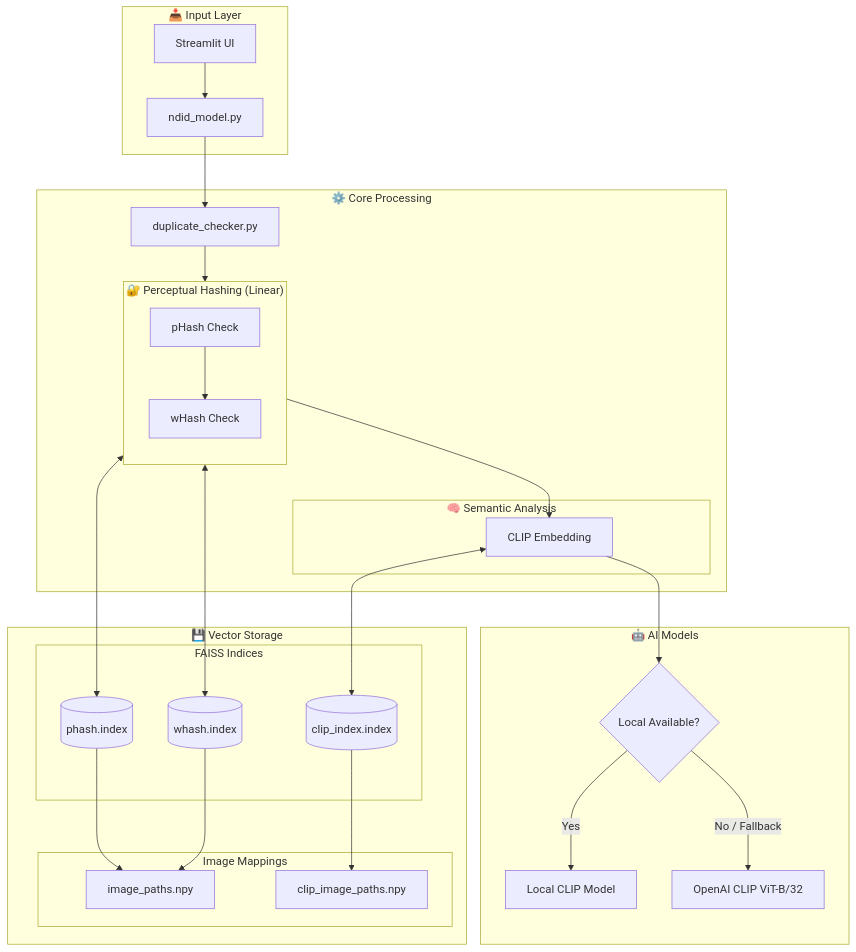
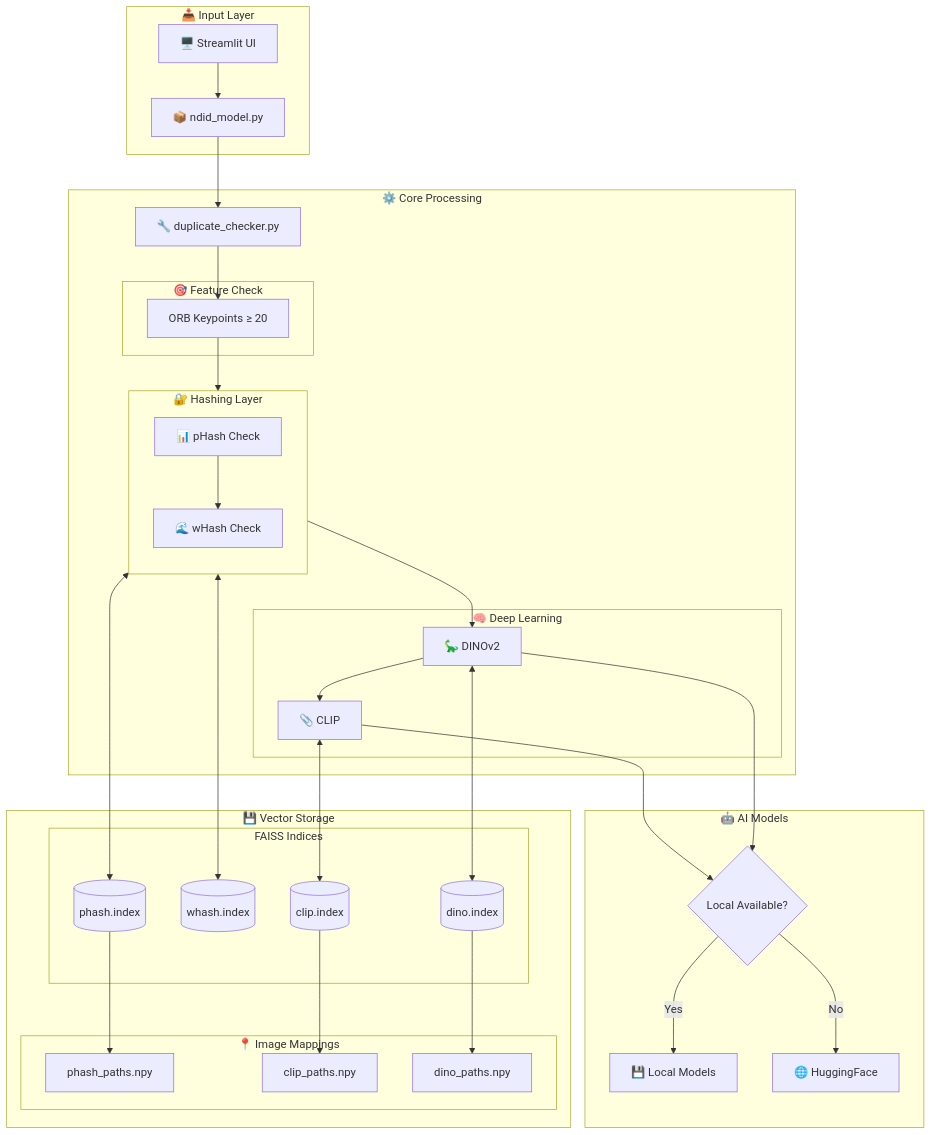
One commit to gaurav337/DejaView changed the first of 3 diagrams in README.md. Above: the diagram before and after it, drawn with Mermaid. The commit also changed other lines of this file, not shown here.

````diff
--- a/README.md
+++ b/README.md
@@ -137,64 +111,75 @@
 ```mermaid
 flowchart TB
     subgraph Input["📥 Input Layer"]
-        UI[Streamlit UI]
-        API[ndid_model.py]
+        UI[🖥️ Streamlit UI]
+        API[📦 ndid_model.py]
     end
 
     subgraph Core["⚙️ Core Processing"]
-        DC[duplicate_checker.py]
+        DC[🔧 duplicate_checker.py]
         
-        subgraph Hashing["🔐 Perceptual Hashing (Linear)"]
-            direction TB
-            PH[pHash Check]
-            WH[wHash Check]
+        subgraph FeatureCheck["🎯 Feature Check"]
+            ORB[ORB Keypoints ≥ 20]
         end
         
-        subgraph Semantic["🧠 Semantic Analysis"]
-            CLIP[CLIP Embedding]
+        subgraph Hashing["🔐 Hashing Layer"]
+            direction TB
+            PH[📊 pHash Check]
+            WH[🌊 wHash Check]
+        end
+        
+        subgraph Deep["🧠 Deep Learning"]
+            DINO[🦕 DINOv2]
+            CLIP[📎 CLIP]
         end
     end
 
     subgraph Storage["💾 Vector Storage"]
         subgraph FAISS["FAISS Indices"]
             PI[(phash.index)]
             WI[(whash.index)]
-            CI[(clip_index.index)]
+            CI[(clip.index)]
+            DI[(dino.index)]
         end
         
-        subgraph Paths["Image Mappings"]
-            HP[image_paths.npy]
-            CP[clip_image_paths.npy]
+        subgraph Paths["📍 Image Mappings"]
+            HP[phash_paths.npy]
+            CP[clip_paths.npy]
+            DP[dino_paths.npy]
         end
     end
 
     subgraph Models["🤖 AI Models"]
         ModelCheck{Local Available?}
-        LM[Local CLIP Model]
-        OM[OpenAI CLIP ViT-B/32]
+        Local[💾 Local Models]
+        Online[🌐 HuggingFace]
     end
 
     %% Flow Connections
     UI --> API
     API --> DC
     
-    %% Linear Processing Flow
-    DC --> PH
+    %% Processing Flow
+    DC --> ORB
+    ORB --> PH
     PH --> WH
-    WH --> CLIP
+    WH --> DINO
+    DINO --> CLIP
     
     %% Storage Lookups
     PH <--> PI
     WH <--> WI
+    DINO <--> DI
     CLIP <--> CI
     
     %% Path Retrievals
     PI --> HP
-    WI --> HP
     CI --> CP
+    DI --> DP
     
-    %% Model Loading Logic
+    %% Model Loading
     CLIP --> ModelCheck
-    ModelCheck -->|Yes| LM
-    ModelCheck -->|No / Fallback| OM
+    DINO --> ModelCheck
+    ModelCheck -->|Yes| Local
+    ModelCheck -->|No| Online
 ```
````
